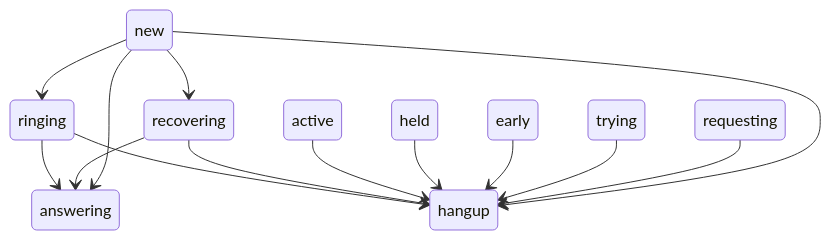
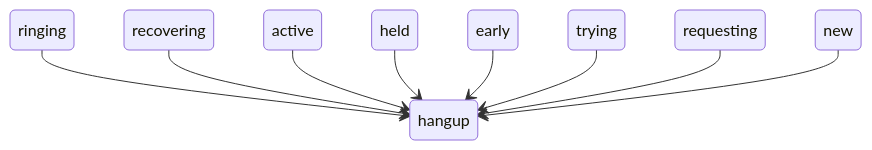
The fourth of 4 diagrams in verto-design.md (bjenning04/foam), drawn with Mermaid before and after one commit.

Commit message:
May 4, 2026, 5:52 PM

````diff
--- a/verto-design.md
+++ b/verto-design.md
@@ -318,16 +318,11 @@
 ```mermaid
 stateDiagram
-    new --> ringing
-    ringing --> answering
     ringing --> hangup
-    new --> recovering
-    recovering --> answering
     recovering --> hangup
-    new --> answering
     active --> hangup
     held --> hangup
     early --> hangup
     trying --> hangup
     requesting --> hangup
     new --> hangup
 ```
````
